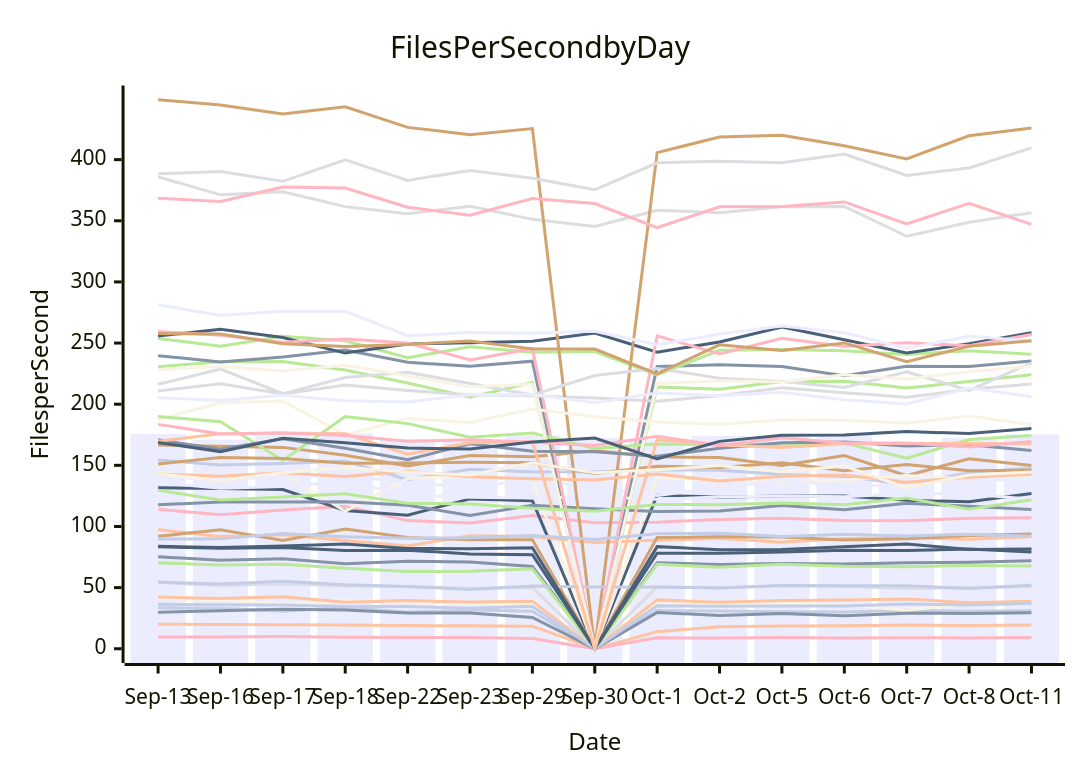
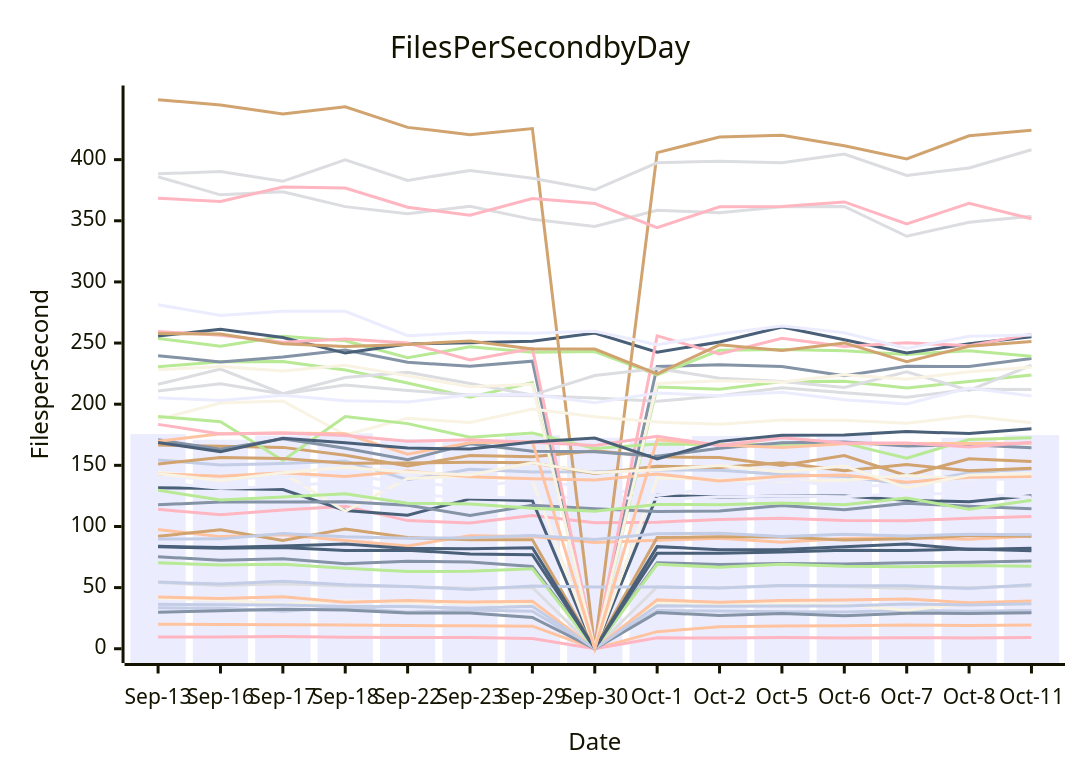
Before and after one commit to streetsidesoftware/cspell: the diagram in perf-report.md, drawn with Mermaid. The commit also changed other lines of this file and 1 other file, not shown here.

````diff
--- a/perf-report.md
+++ b/perf-report.md
@@ -10,56 +10,56 @@
 ```mermaid
 xychart-beta
     title Files Per Second by Day
     y-axis Files per Second
     x-axis Date [Sep-13, Sep-16, Sep-17, Sep-18, Sep-22, Sep-23, Sep-29, Sep-30, Oct-1, Oct-2, Oct-5, Oct-6, Oct-7, Oct-8, Oct-11]
-    bar [175.56, 170.99, 174.42, 176.15, 171.49, 170.60, 174.68, 172.58, 170.62, 174.06, 173.76, 175.18, 167.77, 172.56, 175.30]
-    line [75.30, 72.34, 73.59, 69.54, 71.59, 70.97, 67.35, 0.00, 70.29, 68.90, 69.72, 69.41, 70.25, 70.73, 71.87]
-    line [20.10, 19.75, 19.58, 19.44, 18.99, 18.71, 18.44, 0.00, 13.99, 17.93, 18.69, 18.90, 19.50, 18.93, 19.35]
-    line [54.12, 51.77, 53.09, 51.40, 50.85, 49.44, 50.07, 0.00, 50.63, 49.63, 51.74, 50.84, 49.20, 50.07, 50.82]
-    line [230.62, 234.72, 234.92, 228.04, 217.32, 205.66, 217.69, 0.00, 214.10, 212.26, 218.65, 218.73, 213.23, 218.63, 224.06]
-    line [166.56, 165.69, 164.68, 158.25, 149.51, 158.09, 156.96, 161.98, 156.93, 156.41, 149.87, 157.99, 141.60, 155.38, 149.79]
-    line [154.46, 150.27, 151.44, 153.53, 138.23, 146.78, 144.54, 144.66, 146.29, 145.95, 142.41, 140.78, 134.58, 143.93, 147.82]
-    line [114.04, 109.51, 113.51, 116.46, 104.81, 102.79, 108.89, 103.13, 103.52, 105.79, 106.73, 104.92, 104.71, 106.75, 107.22]
-    line [131.63, 130.97, 130.22, 113.06, 109.25, 122.56, 121.09, 0.00, 125.59, 123.97, 124.90, 124.88, 121.42, 120.13, 126.89]
-    line [144.41, 139.70, 143.74, 112.39, 139.33, 141.10, 137.72, 0.00, 139.61, 138.23, 136.68, 137.77, 141.66, 138.90, 142.48]
-    line [140.59, 138.57, 140.62, 141.72, 135.93, 132.42, 137.90, 131.39, 125.40, 131.62, 137.96, 132.77, 133.94, 139.73, 137.13]
-    line [239.64, 234.60, 238.64, 244.36, 234.31, 230.98, 235.16, 0.00, 230.90, 232.18, 230.80, 223.37, 230.96, 230.80, 235.32]
-    line [97.52, 91.70, 93.14, 88.50, 84.12, 92.41, 91.76, 86.84, 88.64, 90.41, 87.11, 90.10, 90.92, 89.47, 91.59]
-    line [385.92, 371.23, 373.66, 361.57, 355.78, 361.81, 351.17, 345.43, 358.65, 356.52, 361.50, 361.77, 337.36, 348.77, 356.51]
-    line [253.77, 247.48, 255.65, 251.83, 237.98, 246.89, 242.54, 243.09, 224.03, 244.08, 244.73, 243.65, 240.74, 243.74, 240.81]
-    line [91.96, 97.25, 88.47, 97.89, 91.06, 89.08, 89.06, 0.00, 90.96, 91.55, 91.45, 89.01, 89.93, 92.54, 93.88]
-    line [33.48, 33.18, 30.65, 34.02, 29.87, 31.63, 30.68, 0.00, 31.32, 30.89, 30.33, 30.00, 31.45, 30.76, 31.16]
-    line [9.67, 9.68, 9.92, 9.37, 9.23, 9.26, 8.29, 0.00, 8.90, 8.75, 9.30, 8.76, 9.01, 8.84, 9.13]
-    line [255.75, 261.30, 254.48, 241.79, 249.14, 250.28, 251.57, 258.18, 242.58, 250.83, 263.10, 252.70, 241.96, 249.38, 258.35]
-    line [41.26, 40.08, 36.34, 39.18, 37.74, 37.18, 36.89, 0.00, 37.27, 36.89, 37.25, 36.15, 31.44, 37.05, 36.56]
-    line [136.08, 131.30, 132.64, 136.81, 125.88, 123.97, 123.26, 124.35, 122.36, 124.05, 124.82, 124.36, 126.90, 126.65, 122.28]
-    line [117.69, 120.09, 120.05, 120.31, 117.43, 109.01, 117.33, 114.51, 112.29, 112.71, 117.07, 113.67, 118.94, 116.57, 113.80]
-    line [42.24, 41.01, 42.53, 38.05, 39.43, 38.14, 38.94, 0.00, 39.96, 38.12, 39.36, 39.89, 40.71, 37.67, 38.88]
-    line [210.80, 216.66, 208.33, 215.69, 211.15, 207.60, 206.93, 205.06, 202.44, 206.85, 213.52, 209.33, 205.65, 212.19, 216.43]
-    line [70.27, 68.51, 69.01, 65.91, 63.15, 63.41, 65.35, 0.00, 69.02, 66.69, 69.13, 67.47, 67.16, 68.00, 67.72]
-    line [448.98, 444.77, 437.29, 443.15, 426.39, 420.42, 425.42, 0.00, 405.76, 418.50, 419.89, 411.38, 400.59, 419.52, 425.83]
-    line [54.54, 52.86, 55.21, 52.35, 50.94, 48.45, 51.30, 50.59, 50.58, 49.72, 51.81, 51.47, 51.46, 49.27, 52.01]
-    line [259.52, 256.30, 250.62, 253.31, 250.10, 236.21, 245.48, 0.00, 255.93, 241.02, 253.94, 247.24, 250.16, 247.84, 256.93]
-    line [83.34, 82.19, 82.78, 80.29, 80.65, 77.47, 76.93, 0.00, 78.07, 78.18, 79.10, 80.49, 80.39, 81.56, 79.10]
-    line [187.59, 200.94, 202.64, 174.86, 188.42, 184.98, 195.97, 189.74, 185.35, 183.52, 187.14, 186.91, 184.49, 190.34, 183.21]
-    line [281.31, 272.54, 275.91, 275.97, 256.03, 258.54, 258.01, 259.58, 248.67, 257.34, 264.03, 258.40, 245.57, 255.62, 251.68]
-    line [29.93, 31.17, 32.23, 31.60, 29.23, 29.18, 25.62, 0.00, 29.72, 27.11, 28.75, 26.92, 29.01, 28.90, 29.37]
-    line [142.95, 141.14, 143.95, 140.92, 145.29, 140.59, 139.11, 138.01, 142.88, 137.23, 141.05, 142.08, 136.09, 140.30, 142.64]
-    line [216.25, 228.77, 208.66, 221.89, 226.09, 216.90, 207.46, 223.39, 229.16, 221.30, 218.51, 213.71, 226.50, 211.28, 233.87]
-    line [189.95, 185.74, 153.97, 189.99, 184.11, 172.95, 176.46, 163.78, 167.39, 166.94, 167.31, 168.16, 155.92, 171.13, 174.39]
-    line [151.06, 156.36, 155.63, 151.63, 151.94, 152.50, 152.06, 143.32, 149.19, 148.32, 152.02, 145.55, 150.72, 145.51, 145.97]
-    line [36.42, 35.98, 35.70, 34.54, 34.55, 33.11, 34.81, 0.00, 35.17, 34.81, 34.91, 35.03, 36.57, 35.78, 36.97]
-    line [368.52, 365.71, 377.56, 376.77, 361.09, 354.59, 368.19, 364.07, 344.36, 361.41, 361.68, 365.40, 347.49, 364.22, 347.08]
-    line [83.78, 82.79, 83.96, 85.57, 82.01, 81.81, 82.67, 0.00, 83.49, 80.99, 81.07, 83.35, 85.60, 81.23, 81.49]
-    line [228.09, 230.87, 227.16, 231.88, 223.22, 214.31, 216.24, 0.00, 216.91, 219.11, 218.12, 224.03, 220.33, 226.62, 230.94]
-    line [205.22, 203.09, 207.23, 202.88, 201.82, 207.79, 207.90, 201.29, 209.19, 206.95, 209.81, 203.73, 200.20, 213.26, 206.06]
-    line [170.88, 163.08, 171.82, 163.97, 154.58, 167.67, 161.60, 161.14, 157.44, 164.03, 168.37, 169.06, 165.80, 166.84, 162.18]
-    line [169.76, 175.73, 176.36, 175.75, 159.14, 168.41, 169.31, 0.00, 170.99, 166.63, 164.65, 167.66, 167.88, 167.80, 167.63]
-    line [388.38, 390.24, 382.26, 399.81, 383.04, 391.20, 384.82, 375.34, 397.41, 398.74, 397.51, 404.63, 387.08, 393.22, 409.60]
-    line [129.64, 121.66, 124.08, 126.72, 119.08, 118.45, 114.87, 112.49, 118.05, 117.81, 119.24, 117.86, 123.32, 114.00, 121.88]
-    line [257.78, 257.49, 249.43, 247.25, 248.88, 251.75, 245.20, 245.06, 224.85, 248.59, 243.98, 250.11, 234.68, 247.40, 251.82]
-    line [89.85, 89.86, 94.27, 91.54, 90.45, 90.71, 92.55, 89.39, 93.96, 94.53, 91.86, 93.63, 92.24, 93.65, 92.00]
-    line [183.51, 175.60, 176.44, 174.39, 169.65, 170.91, 168.95, 166.28, 173.86, 166.13, 172.49, 168.21, 168.21, 165.09, 169.48]
-    line [168.68, 161.23, 172.09, 168.48, 164.20, 163.31, 169.03, 172.29, 155.24, 169.60, 174.57, 174.90, 177.64, 175.96, 180.21]
-    line [143.19, 137.67, 143.95, 148.30, 144.49, 142.14, 152.04, 143.84, 146.29, 149.93, 144.74, 149.38, 131.76, 142.06, 144.64]
+    bar [175.56, 170.99, 174.42, 176.15, 171.49, 170.60, 174.68, 172.58, 170.62, 174.06, 173.76, 175.18, 167.77, 172.56, 174.72]
+    line [75.30, 72.34, 73.59, 69.54, 71.59, 70.97, 67.35, 0.00, 70.29, 68.90, 69.72, 69.41, 70.25, 70.73, 71.85]
+    line [20.10, 19.75, 19.58, 19.44, 18.99, 18.71, 18.44, 0.00, 13.99, 17.93, 18.69, 18.90, 19.50, 18.93, 19.44]
+    line [54.12, 51.77, 53.09, 51.40, 50.85, 49.44, 50.07, 0.00, 50.63, 49.63, 51.74, 50.84, 49.20, 50.07, 51.24]
+    line [230.62, 234.72, 234.92, 228.04, 217.32, 205.66, 217.69, 0.00, 214.10, 212.26, 218.65, 218.73, 213.23, 218.63, 223.89]
+    line [166.56, 165.69, 164.68, 158.25, 149.51, 158.09, 156.96, 161.98, 156.93, 156.41, 149.87, 157.99, 141.60, 155.38, 153.06]
+    line [154.46, 150.27, 151.44, 153.53, 138.23, 146.78, 144.54, 144.66, 146.29, 145.95, 142.41, 140.78, 134.58, 143.93, 146.90]
+    line [114.04, 109.51, 113.51, 116.46, 104.81, 102.79, 108.89, 103.13, 103.52, 105.79, 106.73, 104.92, 104.71, 106.75, 108.13]
+    line [131.63, 130.97, 130.22, 113.06, 109.25, 122.56, 121.09, 0.00, 125.59, 123.97, 124.90, 124.88, 121.42, 120.13, 125.23]
+    line [144.41, 139.70, 143.74, 112.39, 139.33, 141.10, 137.72, 0.00, 139.61, 138.23, 136.68, 137.77, 141.66, 138.90, 142.32]
+    line [140.59, 138.57, 140.62, 141.72, 135.93, 132.42, 137.90, 131.39, 125.40, 131.62, 137.96, 132.77, 133.94, 139.73, 137.65]
+    line [239.64, 234.60, 238.64, 244.36, 234.31, 230.98, 235.16, 0.00, 230.90, 232.18, 230.80, 223.37, 230.96, 230.80, 237.38]
+    line [97.52, 91.70, 93.14, 88.50, 84.12, 92.41, 91.76, 86.84, 88.64, 90.41, 87.11, 90.10, 90.92, 89.47, 92.20]
+    line [385.92, 371.23, 373.66, 361.57, 355.78, 361.81, 351.17, 345.43, 358.65, 356.52, 361.50, 361.77, 337.36, 348.77, 353.66]
+    line [253.77, 247.48, 255.65, 251.83, 237.98, 246.89, 242.54, 243.09, 224.03, 244.08, 244.73, 243.65, 240.74, 243.74, 239.12]
+    line [91.96, 97.25, 88.47, 97.89, 91.06, 89.08, 89.06, 0.00, 90.96, 91.55, 91.45, 89.01, 89.93, 92.54, 91.94]
+    line [33.48, 33.18, 30.65, 34.02, 29.87, 31.63, 30.68, 0.00, 31.32, 30.89, 30.33, 30.00, 31.45, 30.76, 31.21]
+    line [9.67, 9.68, 9.92, 9.37, 9.23, 9.26, 8.29, 0.00, 8.90, 8.75, 9.30, 8.76, 9.01, 8.84, 9.20]
+    line [255.75, 261.30, 254.48, 241.79, 249.14, 250.28, 251.57, 258.18, 242.58, 250.83, 263.10, 252.70, 241.96, 249.38, 255.08]
+    line [41.26, 40.08, 36.34, 39.18, 37.74, 37.18, 36.89, 0.00, 37.27, 36.89, 37.25, 36.15, 31.44, 37.05, 36.96]
+    line [136.08, 131.30, 132.64, 136.81, 125.88, 123.97, 123.26, 124.35, 122.36, 124.05, 124.82, 124.36, 126.90, 126.65, 124.16]
+    line [117.69, 120.09, 120.05, 120.31, 117.43, 109.01, 117.33, 114.51, 112.29, 112.71, 117.07, 113.67, 118.94, 116.57, 114.56]
+    line [42.24, 41.01, 42.53, 38.05, 39.43, 38.14, 38.94, 0.00, 39.96, 38.12, 39.36, 39.89, 40.71, 37.67, 39.08]
+    line [210.80, 216.66, 208.33, 215.69, 211.15, 207.60, 206.93, 205.06, 202.44, 206.85, 213.52, 209.33, 205.65, 212.19, 211.98]
+    line [70.27, 68.51, 69.01, 65.91, 63.15, 63.41, 65.35, 0.00, 69.02, 66.69, 69.13, 67.47, 67.16, 68.00, 67.55]
+    line [448.98, 444.77, 437.29, 443.15, 426.39, 420.42, 425.42, 0.00, 405.76, 418.50, 419.89, 411.38, 400.59, 419.52, 424.04]
+    line [54.54, 52.86, 55.21, 52.35, 50.94, 48.45, 51.30, 50.59, 50.58, 49.72, 51.81, 51.47, 51.46, 49.27, 52.29]
+    line [259.52, 256.30, 250.62, 253.31, 250.10, 236.21, 245.48, 0.00, 255.93, 241.02, 253.94, 247.24, 250.16, 247.84, 257.30]
+    line [83.34, 82.19, 82.78, 80.29, 80.65, 77.47, 76.93, 0.00, 78.07, 78.18, 79.10, 80.49, 80.39, 81.56, 80.21]
+    line [187.59, 200.94, 202.64, 174.86, 188.42, 184.98, 195.97, 189.74, 185.35, 183.52, 187.14, 186.91, 184.49, 190.34, 184.90]
+    line [281.31, 272.54, 275.91, 275.97, 256.03, 258.54, 258.01, 259.58, 248.67, 257.34, 264.03, 258.40, 245.57, 255.62, 256.53]
+    line [29.93, 31.17, 32.23, 31.60, 29.23, 29.18, 25.62, 0.00, 29.72, 27.11, 28.75, 26.92, 29.01, 28.90, 29.46]
+    line [142.95, 141.14, 143.95, 140.92, 145.29, 140.59, 139.11, 138.01, 142.88, 137.23, 141.05, 142.08, 136.09, 140.30, 140.84]
+    line [216.25, 228.77, 208.66, 221.89, 226.09, 216.90, 207.46, 223.39, 229.16, 221.30, 218.51, 213.71, 226.50, 211.28, 231.85]
+    line [189.95, 185.74, 153.97, 189.99, 184.11, 172.95, 176.46, 163.78, 167.39, 166.94, 167.31, 168.16, 155.92, 171.13, 172.58]
+    line [151.06, 156.36, 155.63, 151.63, 151.94, 152.50, 152.06, 143.32, 149.19, 148.32, 152.02, 145.55, 150.72, 145.51, 147.65]
+    line [36.42, 35.98, 35.70, 34.54, 34.55, 33.11, 34.81, 0.00, 35.17, 34.81, 34.91, 35.03, 36.57, 35.78, 36.79]
+    line [368.52, 365.71, 377.56, 376.77, 361.09, 354.59, 368.19, 364.07, 344.36, 361.41, 361.68, 365.40, 347.49, 364.22, 351.61]
+    line [83.78, 82.79, 83.96, 85.57, 82.01, 81.81, 82.67, 0.00, 83.49, 80.99, 81.07, 83.35, 85.60, 81.23, 82.10]
+    line [228.09, 230.87, 227.16, 231.88, 223.22, 214.31, 216.24, 0.00, 216.91, 219.11, 218.12, 224.03, 220.33, 226.62, 230.28]
+    line [205.22, 203.09, 207.23, 202.88, 201.82, 207.79, 207.90, 201.29, 209.19, 206.95, 209.81, 203.73, 200.20, 213.26, 206.70]
+    line [170.88, 163.08, 171.82, 163.97, 154.58, 167.67, 161.60, 161.14, 157.44, 164.03, 168.37, 169.06, 165.80, 166.84, 164.39]
+    line [169.76, 175.73, 176.36, 175.75, 159.14, 168.41, 169.31, 0.00, 170.99, 166.63, 164.65, 167.66, 167.88, 167.80, 168.10]
+    line [388.38, 390.24, 382.26, 399.81, 383.04, 391.20, 384.82, 375.34, 397.41, 398.74, 397.51, 404.63, 387.08, 393.22, 408.11]
+    line [129.64, 121.66, 124.08, 126.72, 119.08, 118.45, 114.87, 112.49, 118.05, 117.81, 119.24, 117.86, 123.32, 114.00, 121.45]
+    line [257.78, 257.49, 249.43, 247.25, 248.88, 251.75, 245.20, 245.06, 224.85, 248.59, 243.98, 250.11, 234.68, 247.40, 251.29]
+    line [89.85, 89.86, 94.27, 91.54, 90.45, 90.71, 92.55, 89.39, 93.96, 94.53, 91.86, 93.63, 92.24, 93.65, 93.28]
+    line [183.51, 175.60, 176.44, 174.39, 169.65, 170.91, 168.95, 166.28, 173.86, 166.13, 172.49, 168.21, 168.21, 165.09, 168.91]
+    line [168.68, 161.23, 172.09, 168.48, 164.20, 163.31, 169.03, 172.29, 155.24, 169.60, 174.57, 174.90, 177.64, 175.96, 179.86]
+    line [143.19, 137.67, 143.95, 148.30, 144.49, 142.14, 152.04, 143.84, 146.29, 149.93, 144.74, 149.38, 131.76, 142.06, 143.05]
 ```
````
